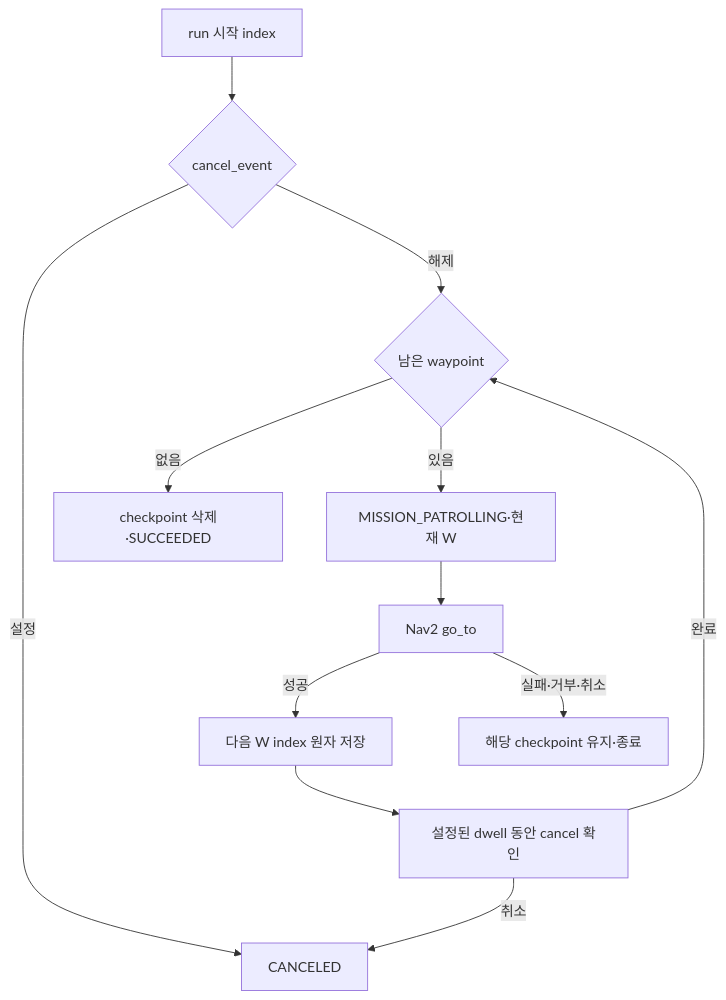
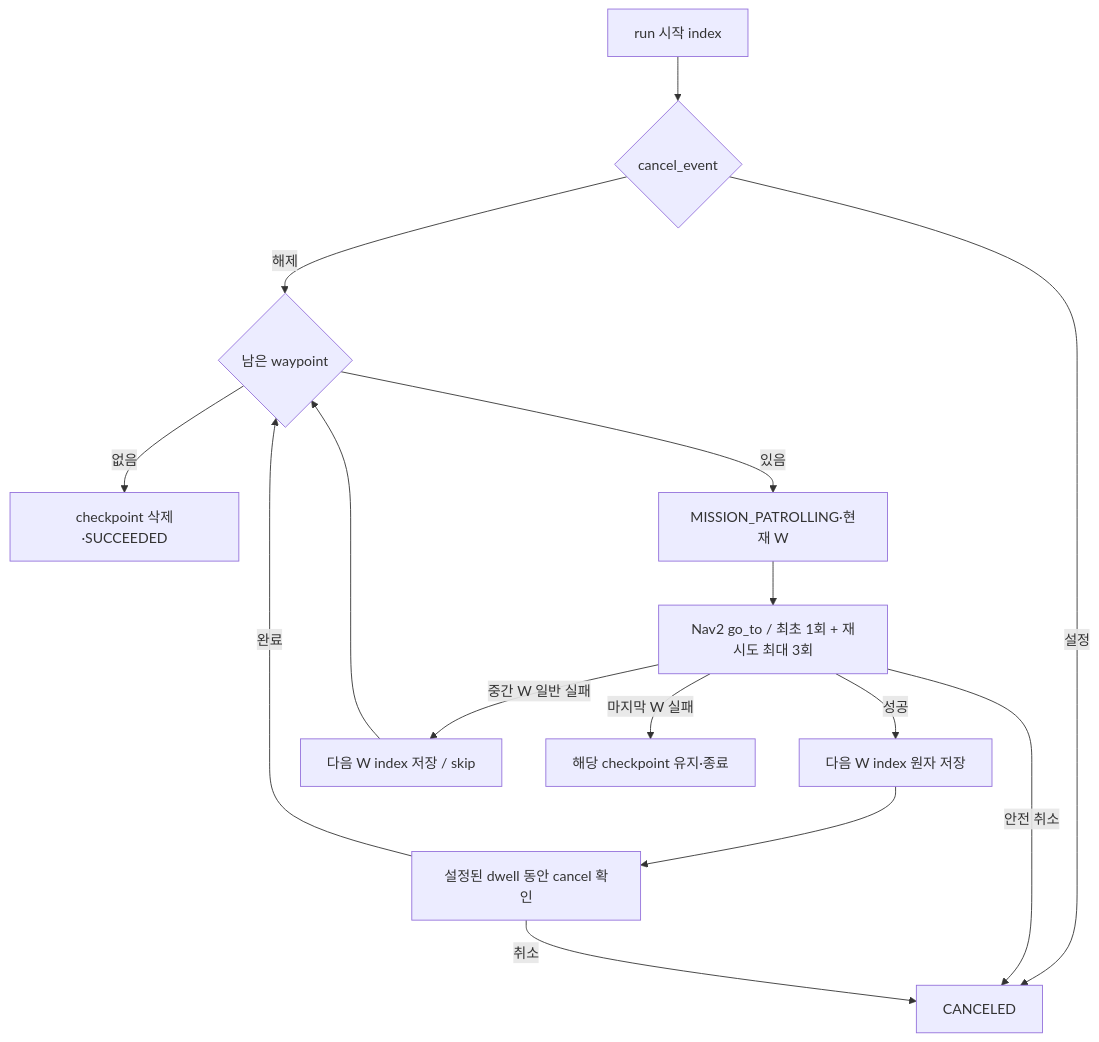
Diagram 12 of 29 in src/patrol_amr/docs/mission_navigation.md (suuuhululu/patrol), drawn with Mermaid before and after one commit. The commit also changed other lines of this file and 42 other files, not shown here.

```diff
--- a/src/patrol_amr/docs/mission_navigation.md
+++ b/src/patrol_amr/docs/mission_navigation.md
@@ -299,14 +299,17 @@
 ~~~mermaid
 flowchart TD
     A[run 시작 index] --> B{cancel_event}
     B -->|설정| X[CANCELED]
     B -->|해제| C{남은 waypoint}
     C -->|없음| D[checkpoint 삭제·SUCCEEDED]
     C -->|있음| E[MISSION_PATROLLING·현재 W]
-    E --> F[Nav2 go_to]
+    E --> F[Nav2 go_to / 최초 1회 + 재시도 최대 3회]
     F -->|성공| G[다음 W index 원자 저장]
-    F -->|실패·거부·취소| H[해당 checkpoint 유지·종료]
+    F -->|중간 W 일반 실패| S[다음 W index 저장 / skip]
+    F -->|마지막 W 실패| H[해당 checkpoint 유지·종료]
+    F -->|안전 취소| X
+    S --> C
     G --> I[설정된 dwell 동안 cancel 확인]
     I -->|완료| C
     I -->|취소| X
 ~~~
```
